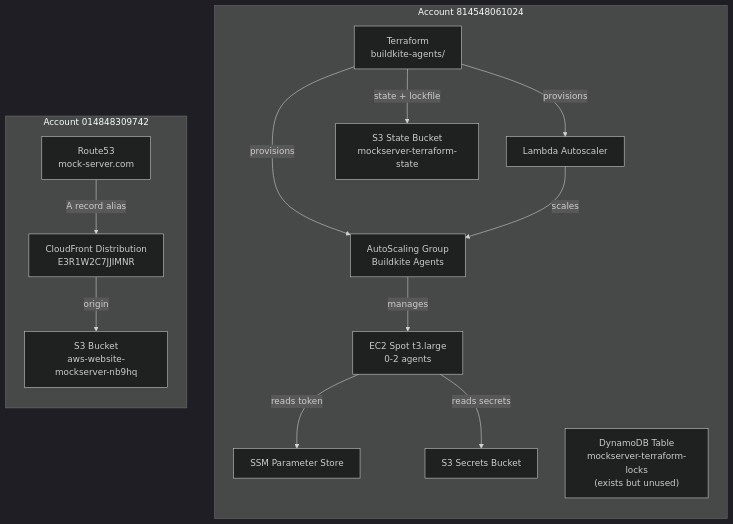
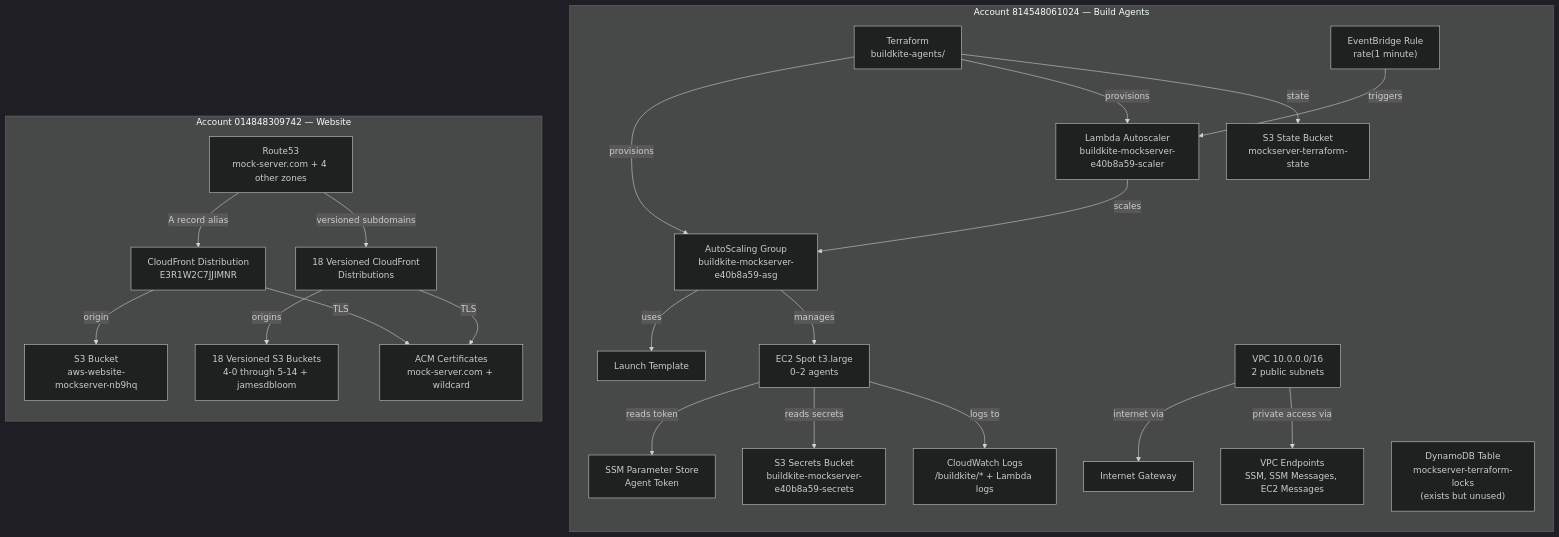
Before and after one commit to mock-server/mockserver: the first of 5 diagrams in docs/infrastructure/aws-infrastructure.md, drawn with Mermaid (dark theme). The commit also changed other lines of this file and 3 other files, not shown here.

````diff
--- a/docs/infrastructure/aws-infrastructure.md
+++ b/docs/infrastructure/aws-infrastructure.md
@@ -7,32 +7,50 @@
 ```mermaid
 graph TB
-    subgraph "Account 814548061024"
+    subgraph "Account 814548061024 — Build Agents"
         direction TB
         TF["Terraform<br/>buildkite-agents/"]
-        ASG[AutoScaling Group<br/>Buildkite Agents]
-        LAMBDA[Lambda Autoscaler]
-        EC2[EC2 Spot t3.large<br/>0-2 agents]
-        SSM[SSM Parameter Store]
-        S3_SECRETS[S3 Secrets Bucket]
+        ASG["AutoScaling Group<br/>buildkite-mockserver-e40b8a59-asg"]
+        SCALER["Lambda Autoscaler<br/>buildkite-mockserver-e40b8a59-scaler"]
+        EC2["EC2 Spot t3.large<br/>0–2 agents"]
+        SSM["SSM Parameter Store<br/>Agent Token"]
+        S3_SECRETS["S3 Secrets Bucket<br/>buildkite-mockserver-e40b8a59-secrets"]
         S3_STATE["S3 State Bucket<br/>mockserver-terraform-state"]
         DDB["DynamoDB Table<br/>mockserver-terraform-locks<br/>(exists but unused)"]
+        VPC["VPC 10.0.0.0/16<br/>2 public subnets"]
+        VPCE["VPC Endpoints<br/>SSM, SSM Messages, EC2 Messages"]
+        IGW["Internet Gateway"]
+        LT["Launch Template"]
+        CW["CloudWatch Logs<br/>/buildkite/* + Lambda logs"]
+        EB["EventBridge Rule<br/>rate(1 minute)"]
     end
 
-    subgraph "Account 014848309742"
+    subgraph "Account 014848309742 — Website"
         direction TB
         S3[S3 Bucket<br/>aws-website-mockserver-nb9hq]
+        S3V["18 Versioned S3 Buckets<br/>4-0 through 5-14 + jamesdbloom"]
         CDN[CloudFront Distribution<br/>E3R1W2C7JJIMNR]
-        R53[Route53<br/>mock-server.com]
+        CDNV["18 Versioned CloudFront<br/>Distributions"]
+        R53[Route53<br/>mock-server.com + 4 other zones]
+        ACM[ACM Certificates<br/>mock-server.com + wildcard]
     end
 
     TF -->|provisions| ASG
-    TF -->|provisions| LAMBDA
-    TF -->|state + lockfile| S3_STATE
-    LAMBDA -->|scales| ASG
+    TF -->|provisions| SCALER
+    TF -->|state| S3_STATE
+    EB -->|triggers| SCALER
+    SCALER -->|scales| ASG
+    ASG -->|uses| LT
     ASG -->|manages| EC2
     EC2 -->|reads token| SSM
     EC2 -->|reads secrets| S3_SECRETS
+    VPC -->|internet via| IGW
+    VPC -->|private access via| VPCE
+    EC2 -->|logs to| CW
 
     R53 -->|A record alias| CDN
+    R53 -->|versioned subdomains| CDNV
     CDN -->|origin| S3
+    CDNV -->|origins| S3V
+    CDN -->|TLS| ACM
+    CDNV -->|TLS| ACM
 ```
````
